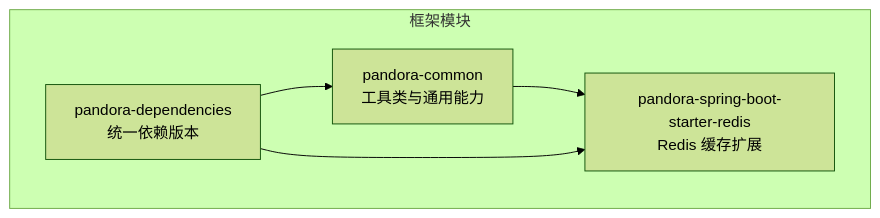
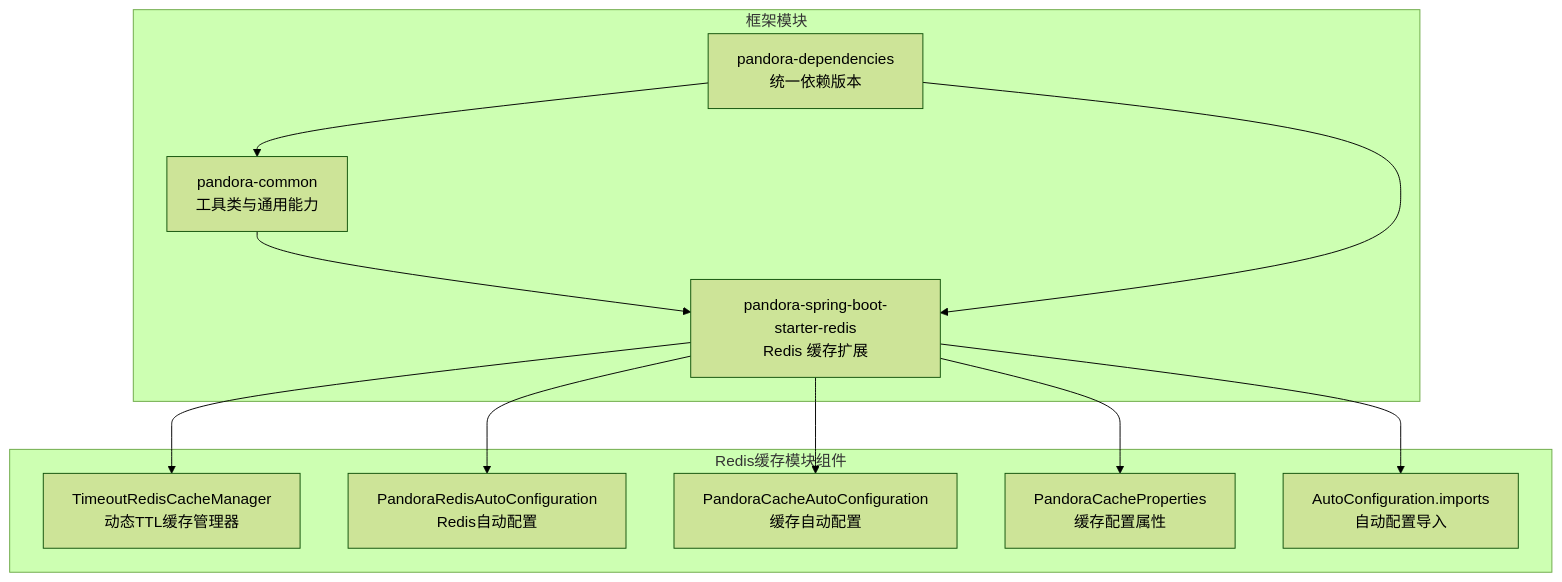
Before and after one commit to guanglei93/pandora-cloud: the first of 7 diagrams in .qoder/repowiki/zh/content/核心模块/工具类库/缓存工具类.md, drawn with Mermaid (forest theme). The commit also changed other lines of this file and 1 other file, not shown here.

````diff
--- a/.qoder/repowiki/zh/content/核心模块/工具类库/缓存工具类.md
+++ b/.qoder/repowiki/zh/content/核心模块/工具类库/缓存工具类.md
@@ -32,11 +45,23 @@
 ```mermaid
 graph TB
 subgraph "框架模块"
 COMMON["pandora-common<br/>工具类与通用能力"]
 REDIS_STATER["pandora-spring-boot-starter-redis<br/>Redis 缓存扩展"]
 DEPS["pandora-dependencies<br/>统一依赖版本"]
 end
+subgraph "Redis缓存模块组件"
+TIMEOUT_MANAGER["TimeoutRedisCacheManager<br/>动态TTL缓存管理器"]
+REDIS_AUTO_CONFIG["PandoraRedisAutoConfiguration<br/>Redis自动配置"]
+CACHE_AUTO_CONFIG["PandoraCacheAutoConfiguration<br/>缓存自动配置"]
+CACHE_PROPERTIES["PandoraCacheProperties<br/>缓存配置属性"]
+AUTO_IMPORTS["AutoConfiguration.imports<br/>自动配置导入"]
+end
 COMMON --> REDIS_STATER
+REDIS_STATER --> TIMEOUT_MANAGER
+REDIS_STATER --> REDIS_AUTO_CONFIG
+REDIS_STATER --> CACHE_AUTO_CONFIG
+REDIS_STATER --> CACHE_PROPERTIES
+REDIS_STATER --> AUTO_IMPORTS
 DEPS --> COMMON
 DEPS --> REDIS_STATER
 ```
````
